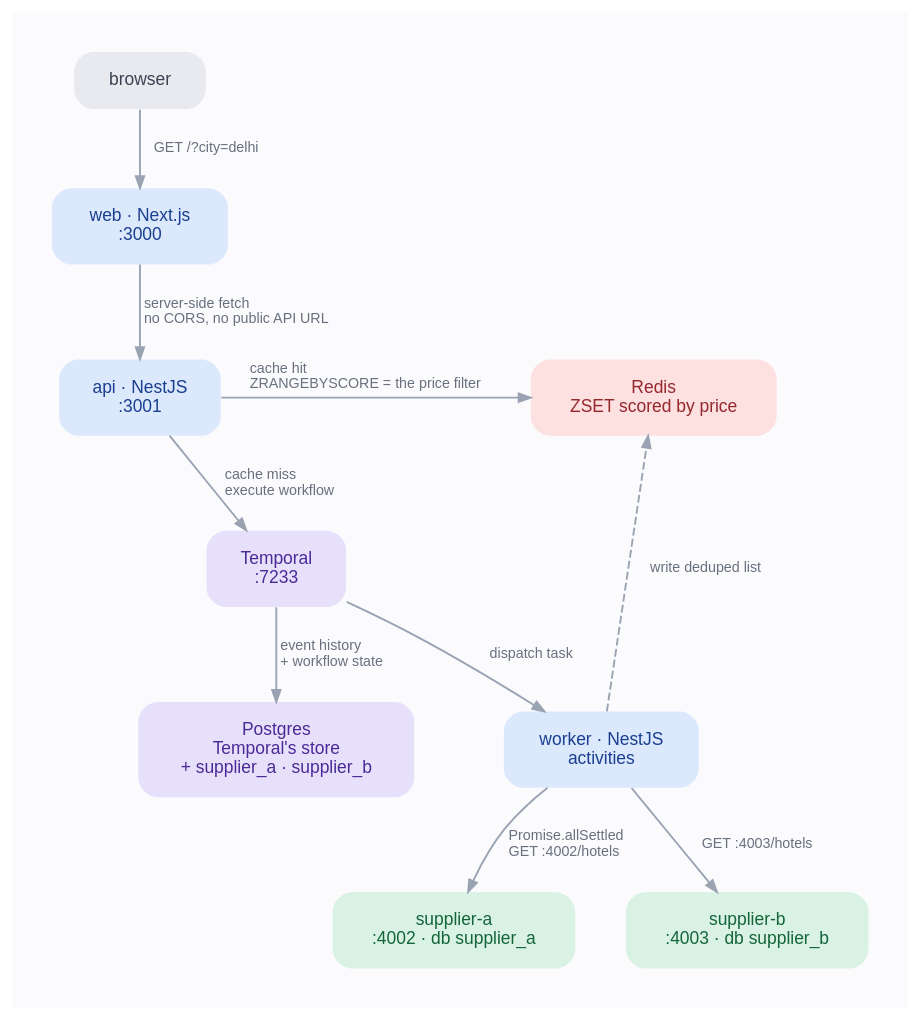
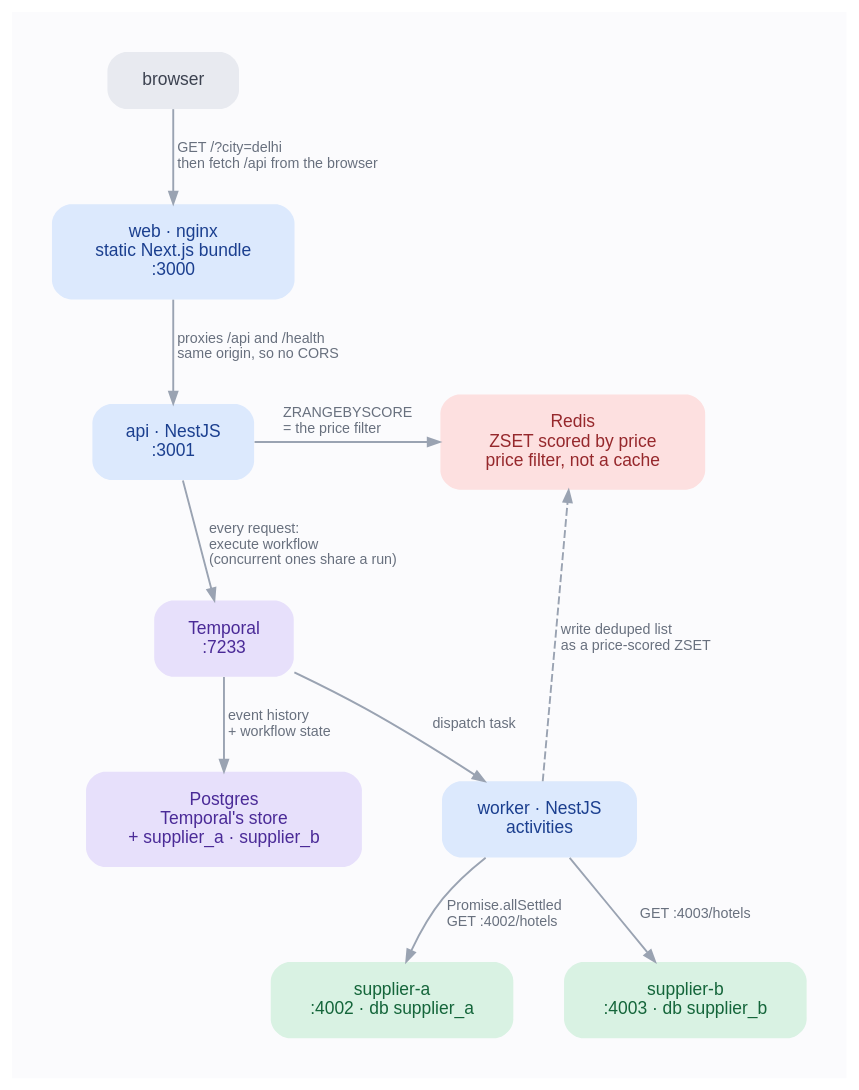
The diagram in docs/architecture.dot (Rontu22/hotel-offer-orchestrator), drawn with Graphviz before and after one commit. The commit also changed 2 other files, not shown here.

Commit message:
Correct the architecture diagram after dropping the result cache
The diagram still showed a cache hit/miss branch off the API, which no longer
exists: every request executes the workflow, and Redis is only the price-scored
set that ZRANGEBYSCORE reads back.

Also fixes a label that was wrong before this change. The frontend is a static
export, so nothing is fetched server-side — the browser calls /api itself, through
the same origin nginx serves the bundle from, which is why there is no CORS.

```diff
--- a/docs/architecture.dot
+++ b/docs/architecture.dot
@@ -1,58 +1,58 @@
 /*
  * Source for docs/architecture.svg — Graphviz DOT, not Mermaid.
  *
  * Regenerate with Graphviz installed:
  *   dot -Tsvg docs/architecture.dot -o docs/architecture.svg
  *
  * Or without installing anything, using the WASM build:
  *   npm --prefix /tmp/gv i @hpcc-js/wasm-graphviz
  *   node --input-type=module -e "import {Graphviz} from '/tmp/gv/node_modules/@hpcc-js/wasm-graphviz/dist/index.js';
  *     import {readFile,writeFile} from 'node:fs/promises';
  *     const g=await Graphviz.load();
  *     await writeFile('docs/architecture.svg', g.layout(await readFile('docs/architecture.dot','utf8'),'svg','dot'));"
  */
 digraph architecture {
   bgcolor="#fbfbfd"
   rankdir=TB
   splines=spline
   nodesep=0.45
   ranksep=0.55
   pad=0.35
   fontname="Helvetica"
 
   node [shape=box style="rounded,filled" penwidth=0 fontname="Helvetica"
         fontsize=11 margin="0.26,0.16" height=0.46]
   edge [fontname="Helvetica" fontsize=9 color="#9aa3b2" fontcolor="#68707e"
         arrowsize=0.75 penwidth=1.2]
 
   /* ---- nodes ---- */
   browser  [label="browser"                       fillcolor="#e8eaf0" fontcolor="#3c4250"]
-  web      [label="web · Next.js\n:3000"          fillcolor="#dce9fd" fontcolor="#1b3f8f"]
+  web      [label="web · nginx\nstatic Next.js bundle\n:3000"  fillcolor="#dce9fd" fontcolor="#1b3f8f"]
   api      [label="api · NestJS\n:3001"           fillcolor="#dce9fd" fontcolor="#1b3f8f"]
   worker   [label="worker · NestJS\nactivities"   fillcolor="#dce9fd" fontcolor="#1b3f8f"]
   temporal [label="Temporal\n:7233"               fillcolor="#e7e0fb" fontcolor="#4a2a97"]
   postgres [label="Postgres\nTemporal's store\n+ supplier_a · supplier_b" fillcolor="#e7e0fb" fontcolor="#4a2a97"]
-  redis    [label="Redis\nZSET scored by price"   fillcolor="#fde0e0" fontcolor="#96282c"]
+  redis    [label="Redis\nZSET scored by price\nprice filter, not a cache" fillcolor="#fde0e0" fontcolor="#96282c"]
   supplierA [label="supplier-a\n:4002 · db supplier_a"  fillcolor="#d9f2e3" fontcolor="#14653a"]
   supplierB [label="supplier-b\n:4003 · db supplier_b"  fillcolor="#d9f2e3" fontcolor="#14653a"]
 
   /* ---- flow ---- */
-  browser -> web       [label="  GET /?city=delhi"]
-  web     -> api       [label="  server-side fetch\l  no CORS, no public API URL\l"]
-  api     -> redis     [label="  cache hit\l  ZRANGEBYSCORE = the price filter\l"]
-  api     -> temporal  [label="  cache miss\l  execute workflow\l"]
+  browser -> web       [label="  GET /?city=delhi\l  then fetch /api from the browser\l"]
+  web     -> api       [label="  proxies /api and /health\l  same origin, so no CORS\l"]
+  api     -> redis     [label="  ZRANGEBYSCORE\l  = the price filter\l"]
+  api     -> temporal  [label="  every request:\l  execute workflow\l  (concurrent ones share a run)\l"]
   temporal -> postgres [label="  event history\l  + workflow state\l"]
   temporal -> worker   [label="  dispatch task"]
   worker  -> supplierA [label="  Promise.allSettled  \l  GET :4002/hotels\l"]
   worker  -> supplierB [label="  GET :4003/hotels  "]
-  worker  -> redis     [label="  write deduped list  " style=dashed]
+  worker  -> redis     [label="  write deduped list  \l  as a price-scored ZSET\l" style=dashed]
 
   /* ---- layout hints ----
    * Redis sits beside the api; Postgres hangs off Temporal on the left so the
    * right-hand lane stays clear for the worker's write back into Redis. The
    * suppliers' own edges into Postgres are left undrawn — they would loop right
    * around the graph, and the Postgres label already names their databases. */
   { rank=same; api; redis }
   { rank=same; postgres; worker }
   { rank=same; supplierA; supplierB }
 }
```
